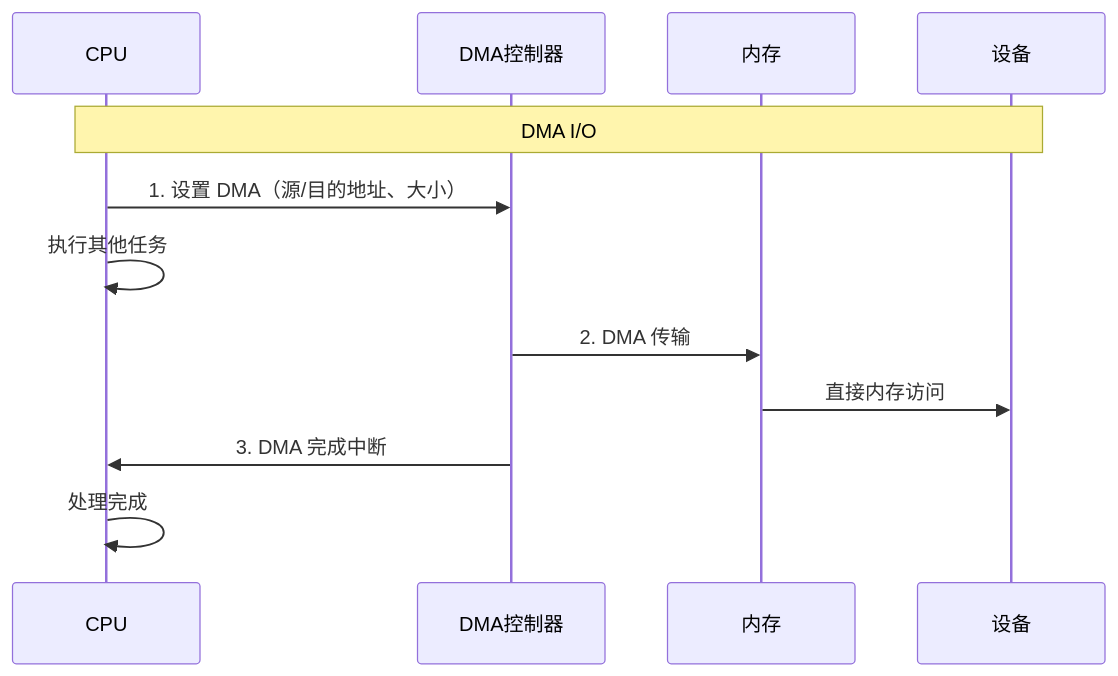
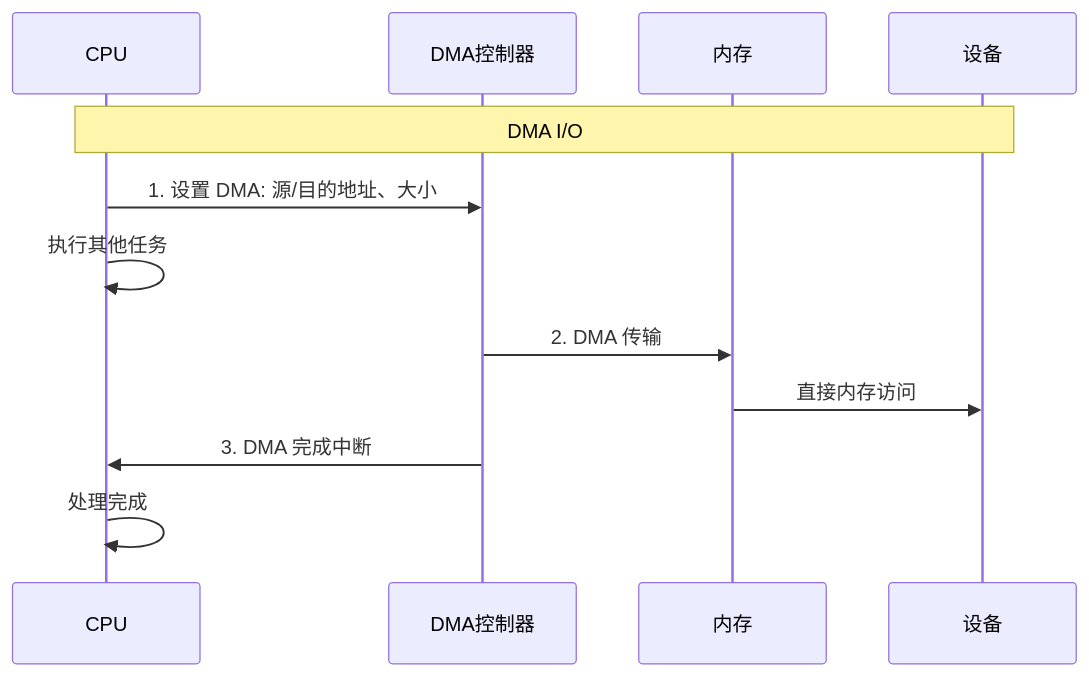
One commit to jpixy/jpixy.github.io changed the third of 10 diagrams in content/articles/os/os-18-OS面试题-IO系统.md. Above: the diagram before and after it, drawn with Mermaid. The commit also changed other lines of this file and 66 other files, not shown here.

Commit message:
fix: resolve Mermaid syntax errors by removing parentheses in node labels

````diff
--- a/content/articles/os/os-18-OS面试题-IO系统.md
+++ b/content/articles/os/os-18-OS面试题-IO系统.md
@@ -170,15 +170,15 @@
 ```mermaid
 sequenceDiagram
     participant CPU
     participant DMA控制器
     participant 内存
     participant 设备
     
     Note over CPU,设备: DMA I/O
-    CPU->>DMA控制器: 1. 设置 DMA（源/目的地址、大小）
+    CPU->>DMA控制器: 1. 设置 DMA: 源/目的地址、大小
     CPU->>CPU: 执行其他任务
     DMA控制器->>内存: 2. DMA 传输
     内存->>设备: 直接内存访问
     DMA控制器->>CPU: 3. DMA 完成中断
     CPU->>CPU: 处理完成
 ```
````
